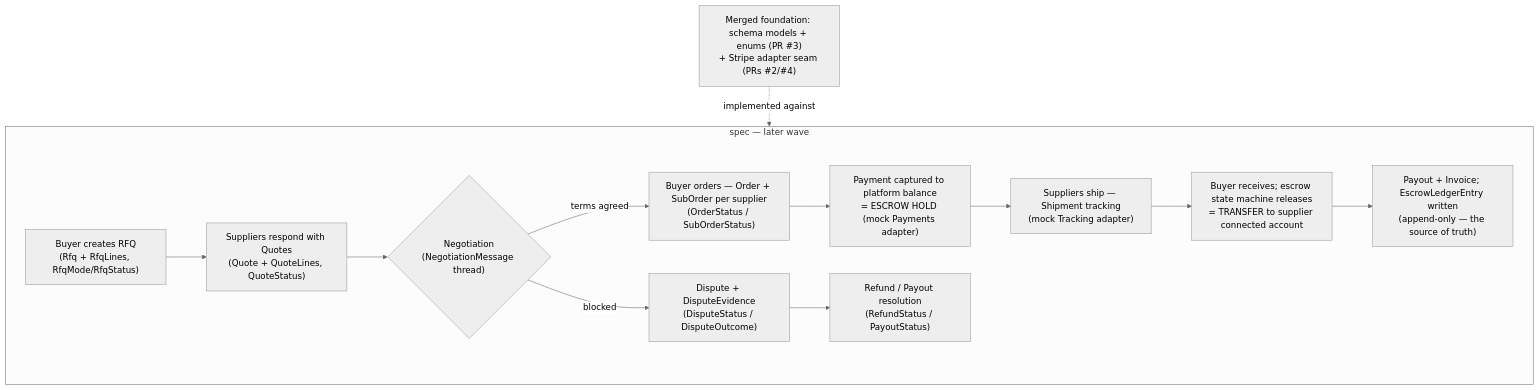
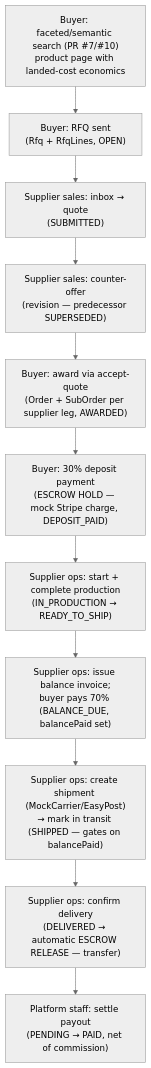
The second of 2 diagrams in docs/IMPLEMENTATION-SUMMARY.md (teamaekovera-glitch/alibaba), drawn with Mermaid (neutral theme) before and after one commit. The commit also changed other lines of this file and 10 other files, not shown here.

````diff
--- a/docs/IMPLEMENTATION-SUMMARY.md
+++ b/docs/IMPLEMENTATION-SUMMARY.md
@@ -274,17 +238,13 @@
 ```mermaid
 flowchart TD
-    subgraph RFQ["spec — later wave"]
-        A["Buyer creates RFQ<br/>(Rfq + RfqLines, RfqMode/RfqStatus)"]
-        B["Suppliers respond with Quotes<br/>(Quote + QuoteLines, QuoteStatus)"]
-        C{"Negotiation<br/>(NegotiationMessage thread)"}
-        A --> B --> C
-        C -- "terms agreed" --> D["Buyer orders — Order + SubOrder per supplier<br/>(OrderStatus / SubOrderStatus)"]
-        D --> E["Payment captured to platform balance<br/>= ESCROW HOLD (mock Payments adapter)"]
-        E --> F["Suppliers ship — Shipment tracking<br/>(mock Tracking adapter)"]
-        F --> G["Buyer receives; escrow state machine releases<br/>= TRANSFER to supplier connected account"]
-        G --> H["Payout + Invoice; EscrowLedgerEntry written<br/>(append-only — the source of truth)"]
-        C -- "blocked" --> I["Dispute + DisputeEvidence<br/>(DisputeStatus / DisputeOutcome)"]
-        I --> J["Refund / Payout resolution<br/>(RefundStatus / PayoutStatus)"]
-    end
-    M1["Merged foundation: schema models + enums (PR #3)<br/>+ Stripe adapter seam (PRs #2/#4)"] -.->|"implemented against"| RFQ
+    A["Buyer: faceted/semantic search (PR #7/#10)<br/>product page with landed-cost economics"] --> B["Buyer: RFQ sent<br/>(Rfq + RfqLines, OPEN)"]
+    B --> C["Supplier sales: inbox → quote<br/>(SUBMITTED)"]
+    C --> D["Supplier sales: counter-offer<br/>(revision — predecessor SUPERSEDED)"]
+    D --> E["Buyer: award via accept-quote<br/>(Order + SubOrder per supplier leg, AWARDED)"]
+    E --> F["Buyer: 30% deposit payment<br/>(ESCROW HOLD — mock Stripe charge, DEPOSIT_PAID)"]
+    F --> G["Supplier ops: start + complete production<br/>(IN_PRODUCTION → READY_TO_SHIP)"]
+    G --> H["Supplier ops: issue balance invoice;<br/>buyer pays 70% (BALANCE_DUE, balancePaid set)"]
+    H --> I["Supplier ops: create shipment (MockCarrier/EasyPost)<br/>→ mark in transit (SHIPPED — gates on balancePaid)"]
+    I --> J["Supplier ops: confirm delivery<br/>(DELIVERED → automatic ESCROW RELEASE — transfer)"]
+    J --> K["Platform staff: settle payout<br/>(PENDING → PAID, net of commission)"]
 ```
````
